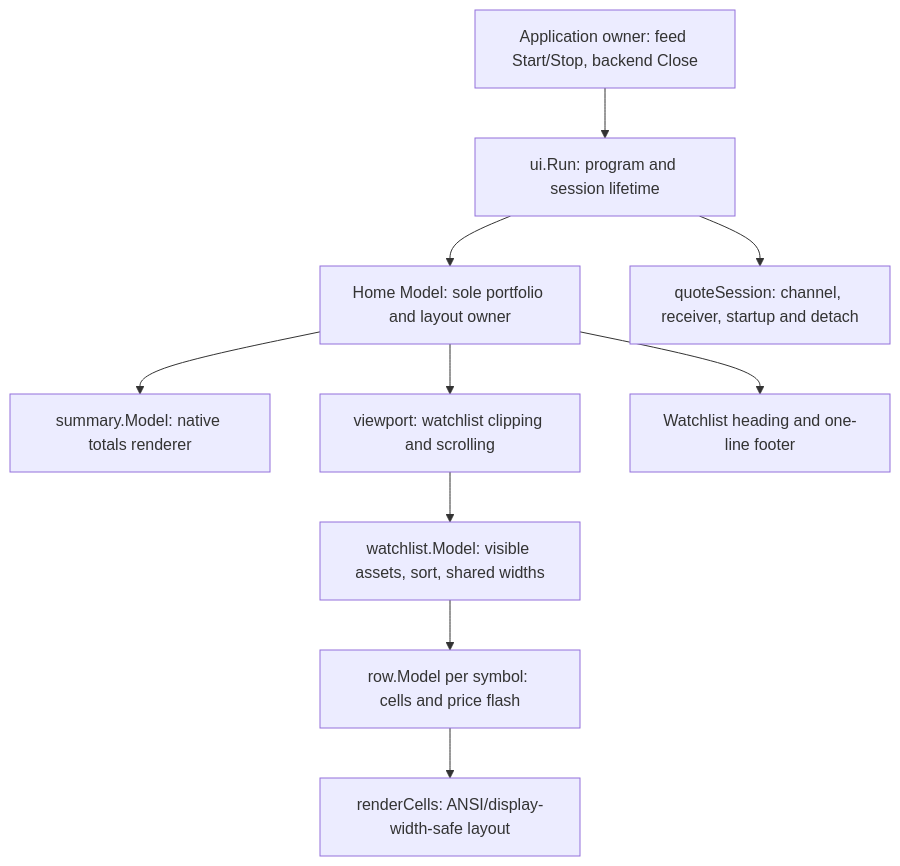
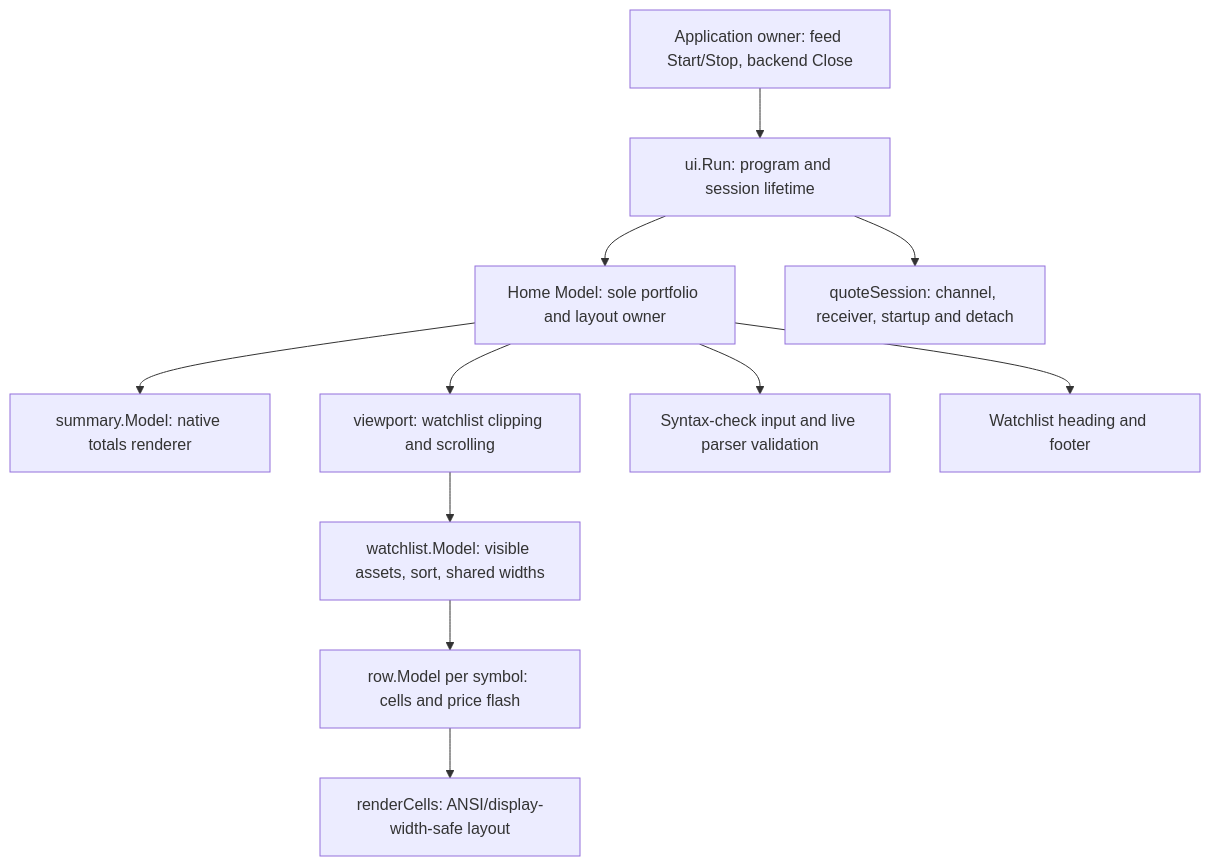
Before and after one commit to murphytalk/urphin: the first of 2 diagrams in docs/ui-msg-flow.md, drawn with Mermaid. The commit also changed other lines of this file and 1 other file, not shown here.

Commit message:
fix(ui): preserve parser diagnostics and layout docs

````diff
--- a/docs/ui-msg-flow.md
+++ b/docs/ui-msg-flow.md
@@ -7,12 +7,13 @@
 ```mermaid
 flowchart TD
     App["Application owner: feed Start/Stop, backend Close"] --> Run["ui.Run: program and session lifetime"]
     Run --> Home["Home Model: sole portfolio and layout owner"]
     Run --> Session["quoteSession: channel, receiver, startup and detach"]
     Home --> Summary["summary.Model: native totals renderer"]
     Home --> Viewport["viewport: watchlist clipping and scrolling"]
     Viewport --> Watchlist["watchlist.Model: visible assets, sort, shared widths"]
     Watchlist --> Rows["row.Model per symbol: cells and price flash"]
     Rows --> Cells["renderCells: ANSI/display-width-safe layout"]
-    Home --> Chrome["Watchlist heading and one-line footer"]
+    Home --> CommandInput["Syntax-check input and live parser validation"]
+    Home --> Chrome["Watchlist heading and footer"]
 ```
````
